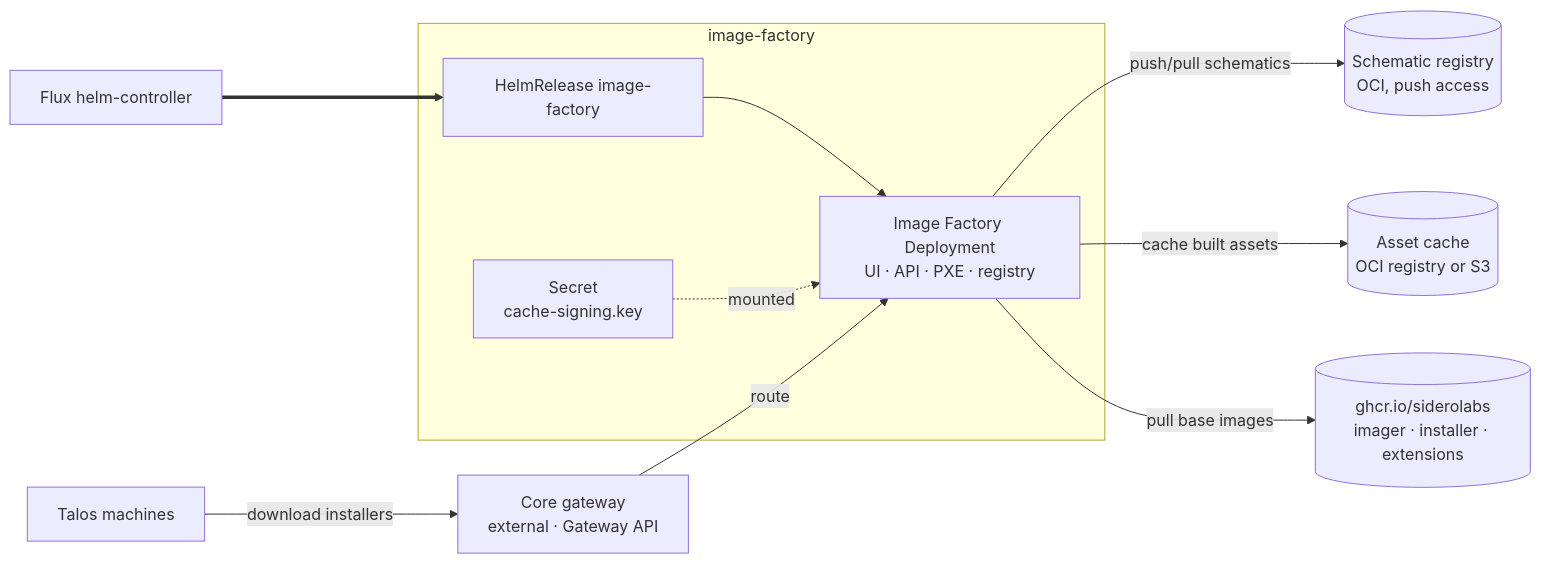
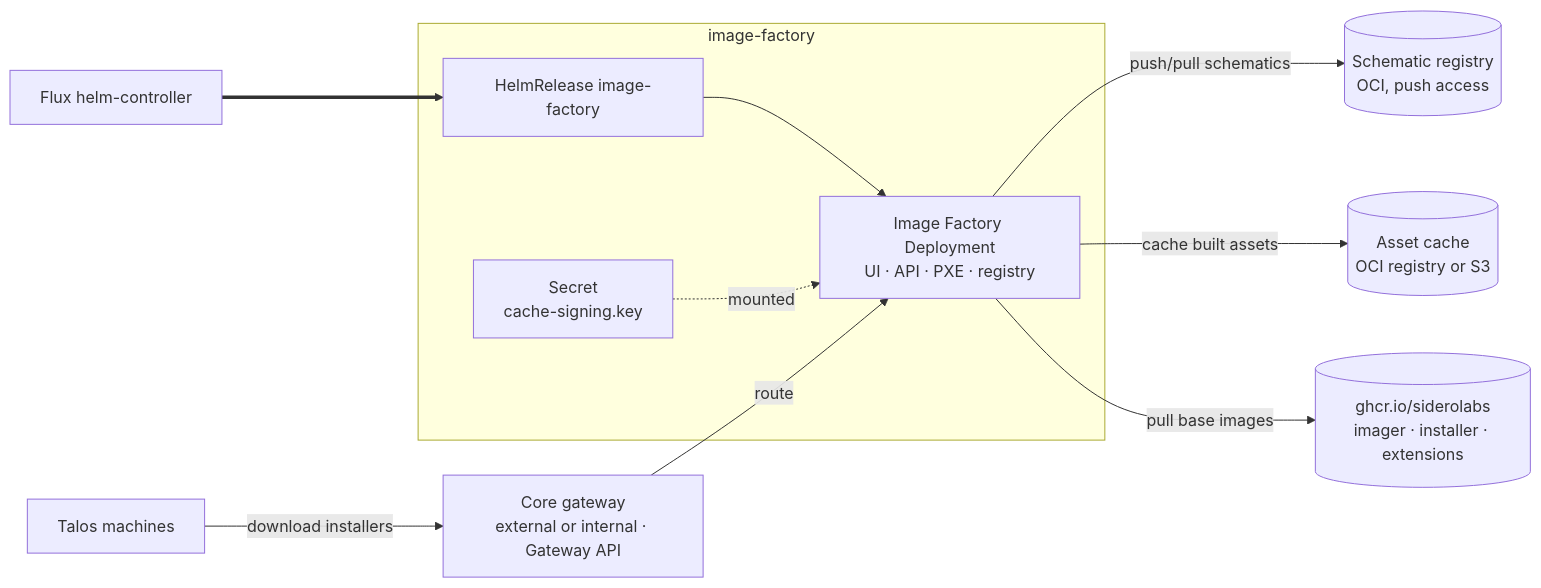
Before and after one commit to windsorcli/manager: the diagram in kustomize/provisioning/README.md, drawn with Mermaid. The commit also changed other lines of this file and 13 other files, not shown here.

Commit message:
fix(gateway): attach routes to the internal gateway without an external one (#455)

````diff
--- a/kustomize/provisioning/README.md
+++ b/kustomize/provisioning/README.md
@@ -42,25 +42,25 @@
 ```mermaid
 flowchart LR
   flux[Flux helm-controller]
 
   subgraph systemfactory[image-factory]
     hr[HelmRelease image-factory]
     pod[Image Factory Deployment<br/>UI · API · PXE · registry]
     secret[Secret<br/>cache-signing.key]
   end
 
   schematic[(Schematic registry<br/>OCI, push access)]
   cache[(Asset cache<br/>OCI registry or S3)]
   upstream[(ghcr.io/siderolabs<br/>imager · installer · extensions)]
-  gw[Core gateway<br/>external · Gateway API]
+  gw[Core gateway<br/>external or internal · Gateway API]
   machines[Talos machines]
 
   flux ==> hr
   hr --> pod
   secret -.mounted.-> pod
   pod -->|push/pull schematics| schematic
   pod -->|cache built assets| cache
   pod -->|pull base images| upstream
   gw -->|route| pod
   machines -->|download installers| gw
 ```
````
